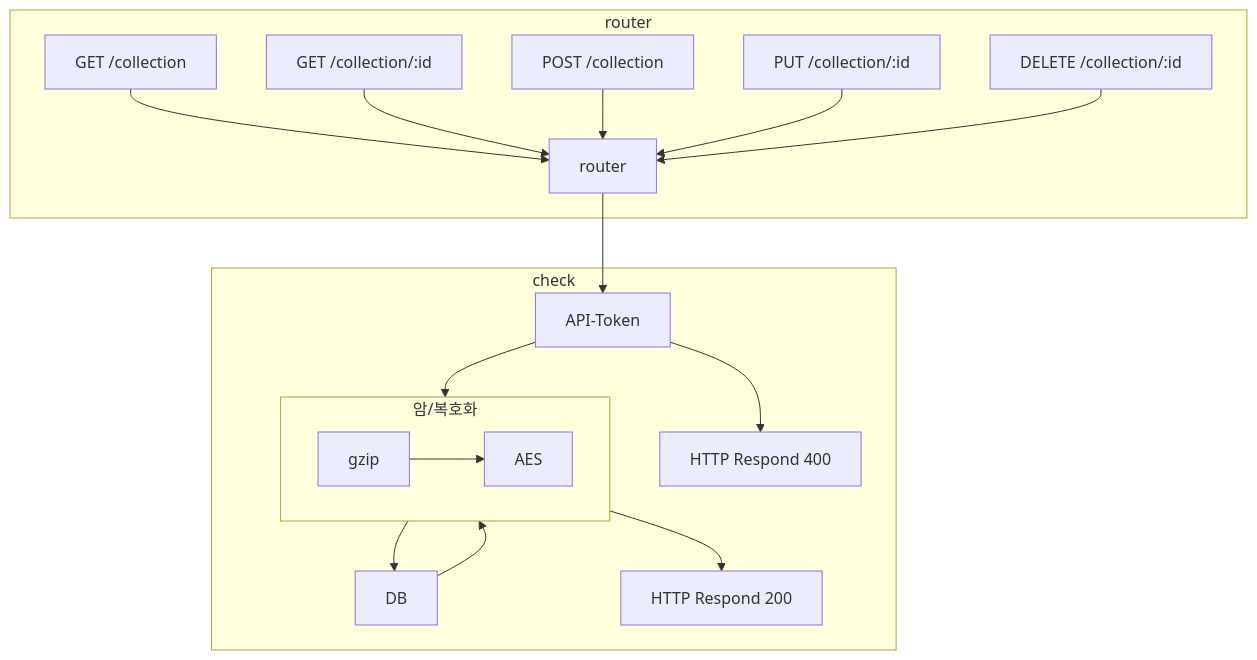
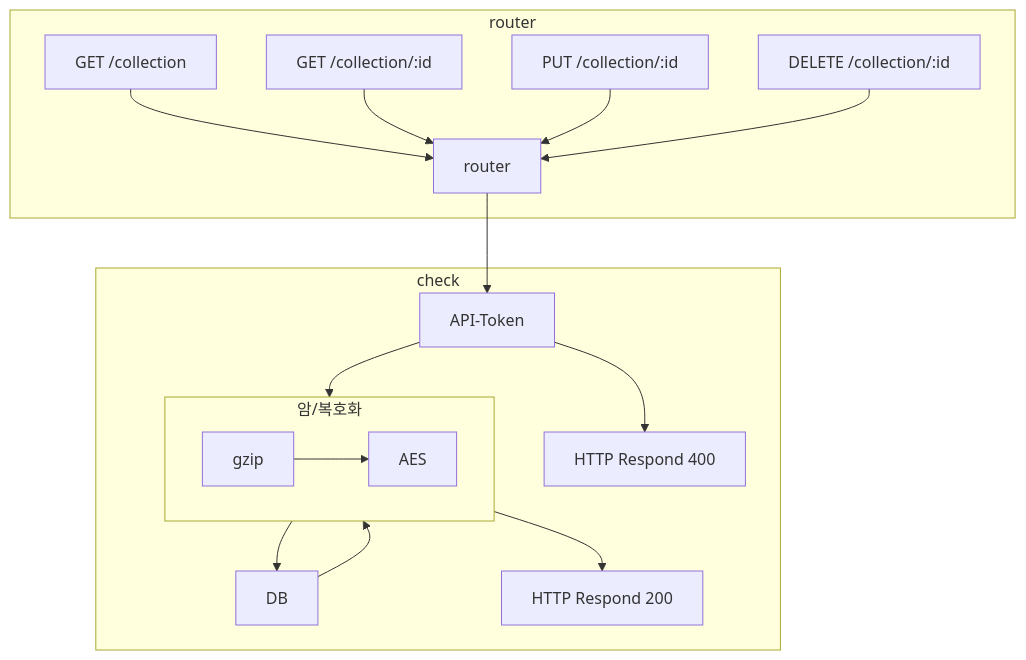
One commit to fluffy-melli/MoliDB changed the second of 2 diagrams in architecture.md. Above: the diagram before and after it, drawn with Mermaid. The commit also changed other lines of this file and 8 other files, not shown here.

````diff
--- a/architecture.md
+++ b/architecture.md
@@ -35,18 +35,17 @@
 ```mermaid
 graph TD
     subgraph crypto[암/복호화]
         GZIP[gzip] --> AES[AES]
     end
     subgraph router
         GET_collection[GET /collection] --> input
         GET_collection_id[GET /collection/:id] --> input
-        POST_collection[POST /collection] --> input
         PUT_collection_id[PUT /collection/:id] --> input
         DELETE_collection_id[DELETE /collection/:id] --> input
     end
     subgraph check
         input[router] --> error[API-Token]
         error --> Respond0[HTTP Respond 400]
         error --> crypto  --> DB --> crypto --> Respond1[HTTP Respond 200]
     end
 ```
````
